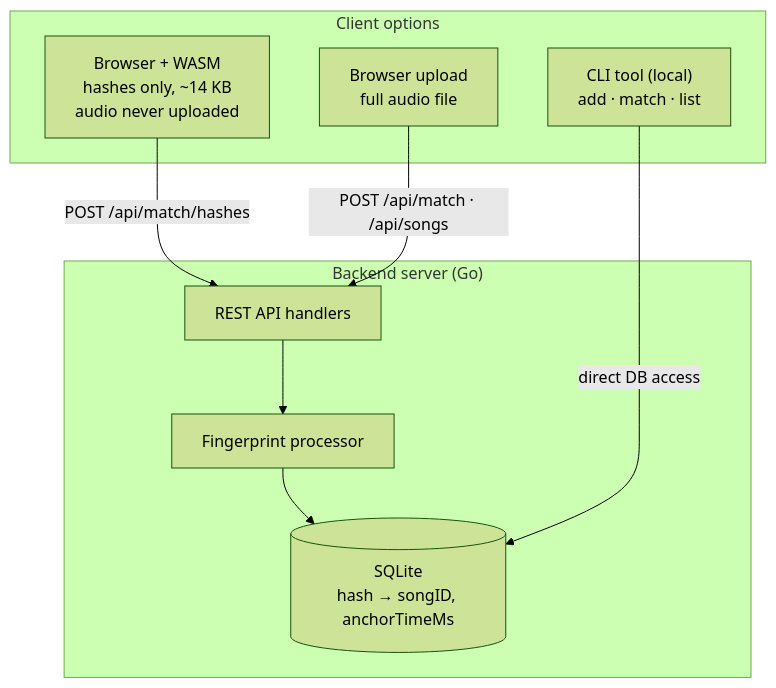
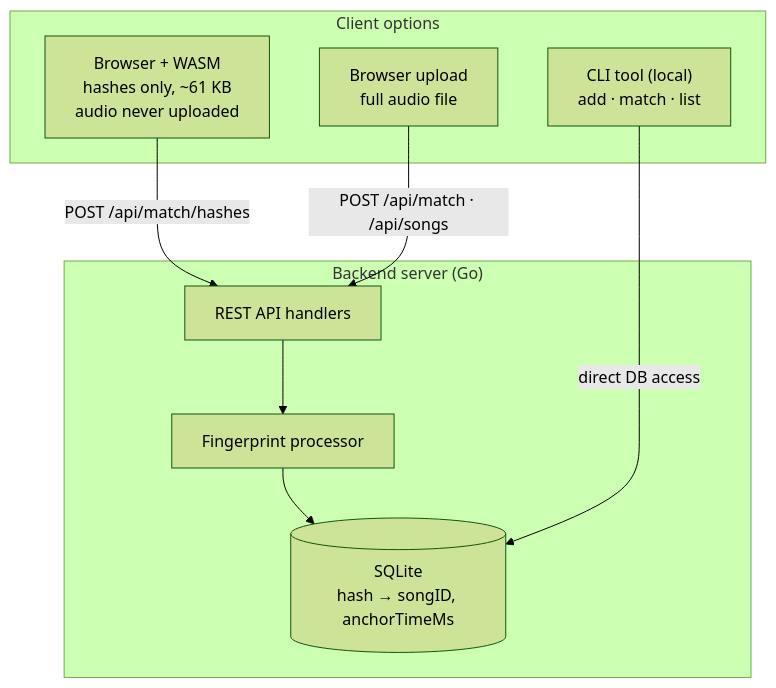
Before and after one commit to himanishpuri/AcousticDNA: the first of 3 diagrams in README.md, drawn with Mermaid (forest theme). The commit also changed other lines of this file and 1 other file, not shown here.

````diff
--- a/README.md
+++ b/README.md
@@ -108,19 +108,19 @@
 ```mermaid
 flowchart TD
     subgraph clients["Client options"]
         CLI["CLI tool (local)<br/>add · match · list"]
-        WASM["Browser + WASM<br/>hashes only, ~14 KB<br/>audio never uploaded"]
+        WASM["Browser + WASM<br/>hashes only, ~61 KB<br/>audio never uploaded"]
         UP["Browser upload<br/>full audio file"]
     end
 
     subgraph server["Backend server (Go)"]
         API["REST API handlers"]
         FP["Fingerprint processor"]
         DB[("SQLite<br/>hash → songID, anchorTimeMs")]
         API --> FP --> DB
     end
 
     CLI -->|"direct DB access"| DB
     WASM -->|"POST /api/match/hashes"| API
     UP -->|"POST /api/match · /api/songs"| API
 ```
````
